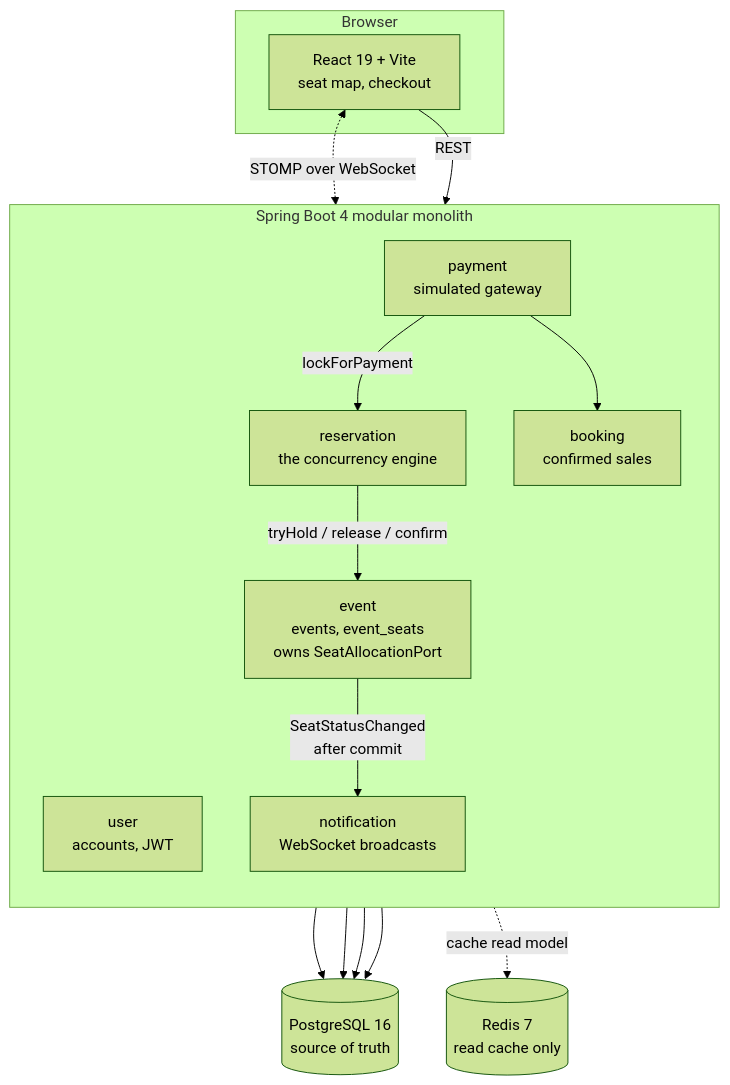
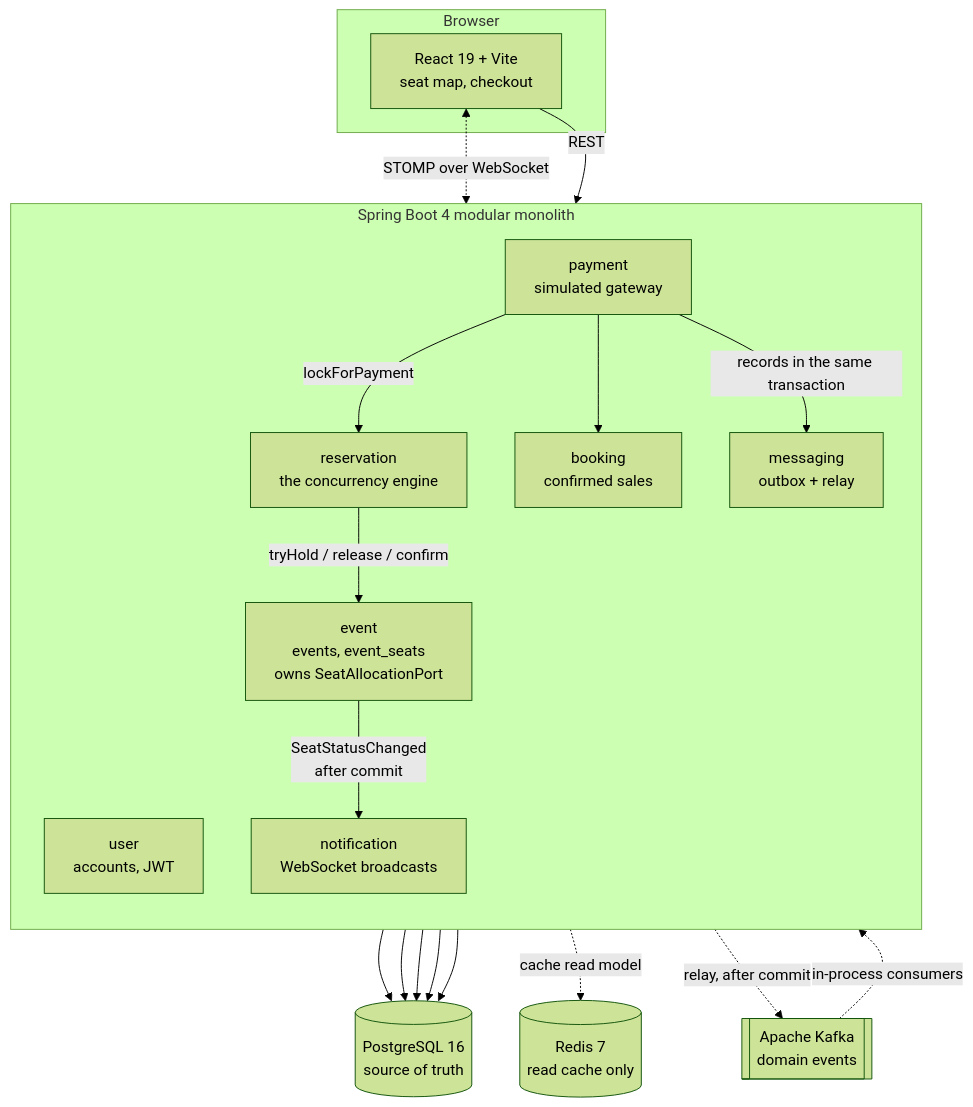
Before and after one commit to JamesKevinJones/seatflow: the first of 3 diagrams in README.md, drawn with Mermaid (forest theme). The commit also changed other lines of this file and 36 other files, not shown here.

````diff
--- a/README.md
+++ b/README.md
@@ -108,33 +111,40 @@
 ```mermaid
 flowchart TB
     subgraph client [Browser]
         UI[React 19 + Vite<br/>seat map, checkout]
     end
 
     subgraph app [Spring Boot 4 modular monolith]
         direction TB
         USER[user<br/>accounts, JWT]
         EVENT[event<br/>events, event_seats<br/>owns SeatAllocationPort]
         RES[reservation<br/>the concurrency engine]
         PAY[payment<br/>simulated gateway]
         BOOK[booking<br/>confirmed sales]
         NOTIF[notification<br/>WebSocket broadcasts]
+        MSG[messaging<br/>outbox + relay]
     end
 
     PG[(PostgreSQL 16<br/>source of truth)]
     RD[(Redis 7<br/>read cache only)]
+    KF[[Apache Kafka<br/>domain events]]
 
     UI -->|REST| app
     UI <-.->|STOMP over WebSocket| NOTIF
 
     RES -->|tryHold / release / confirm| EVENT
     PAY -->|lockForPayment| RES
     PAY --> BOOK
     EVENT --> PG
     RES --> PG
     PAY --> PG
     BOOK --> PG
     EVENT -.->|cache read model| RD
 
     EVENT -->|SeatStatusChanged<br/>after commit| NOTIF
+
+    PAY -->|records in the same transaction| MSG
+    MSG --> PG
+    MSG -.->|relay, after commit| KF
+    KF -.->|in-process consumers| MSG
 ```
````
